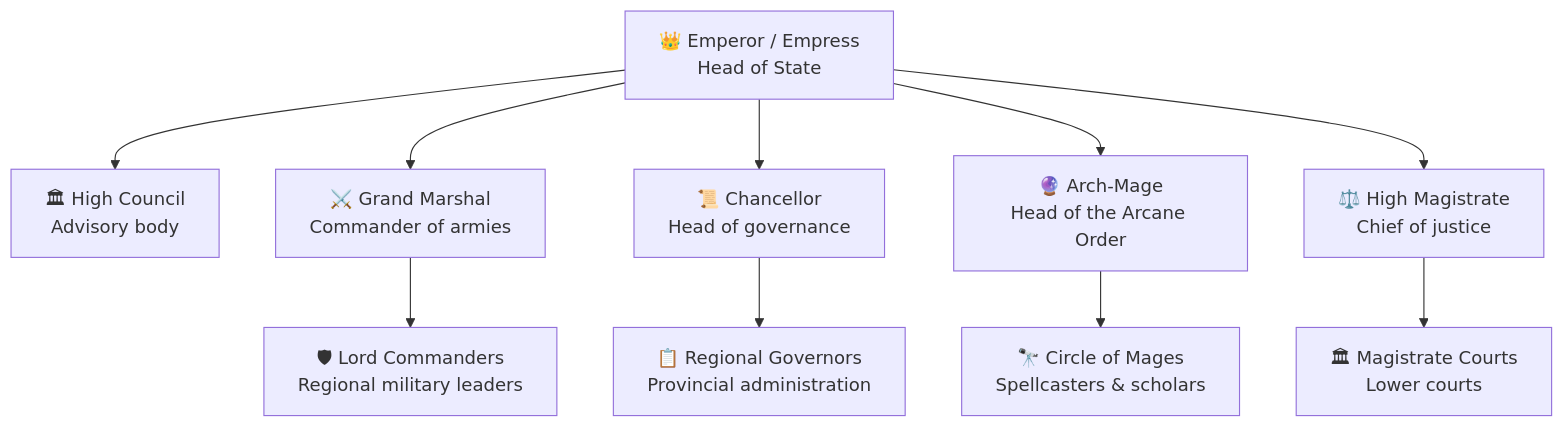
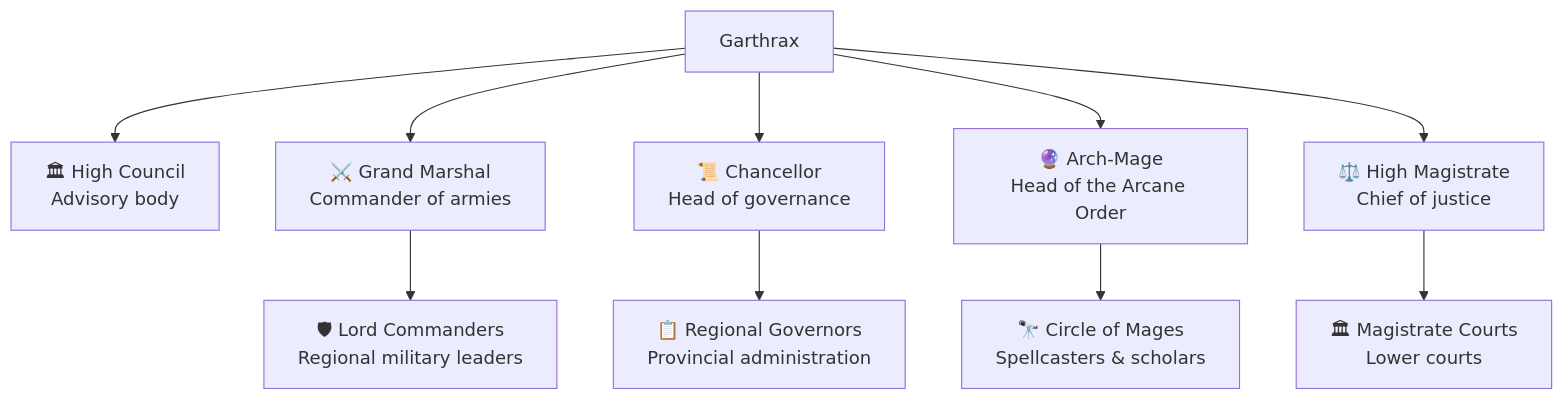
One commit to LiamF76/Terra-Nova changed the diagram in content/Terra-Nova/Organizations/Governments & Nobility/Triumvirate Scales Government.md. Above: the diagram before and after it, drawn with Mermaid. The commit also changed other lines of this file and 2 other files, not shown here.

````diff
--- a/content/Terra-Nova/Organizations/Governments & Nobility/Triumvirate Scales Government.md
+++ b/content/Terra-Nova/Organizations/Governments & Nobility/Triumvirate Scales Government.md
@@ -10,23 +10,23 @@
 ```mermaid
 graph TD
-  A["👑 Emperor / Empress\nHead of State"]
+  A["Garthrax"]
   B["🏛 High Council\nAdvisory body"]
   C["⚔️ Grand Marshal\nCommander of armies"]
   D["📜 Chancellor\nHead of governance"]
   E["🔮 Arch-Mage\nHead of the Arcane Order"]
   F["⚖️ High Magistrate\nChief of justice"]
   G["🛡 Lord Commanders\nRegional military leaders"]
   H["📋 Regional Governors\nProvincial administration"]
   I["🔭 Circle of Mages\nSpellcasters & scholars"]
   J["🏛 Magistrate Courts\nLower courts"]
 
   A --> B
   A --> C
   A --> D
   A --> E
   A --> F
   C --> G
   D --> H
   E --> I
   F --> J
 ```
````
